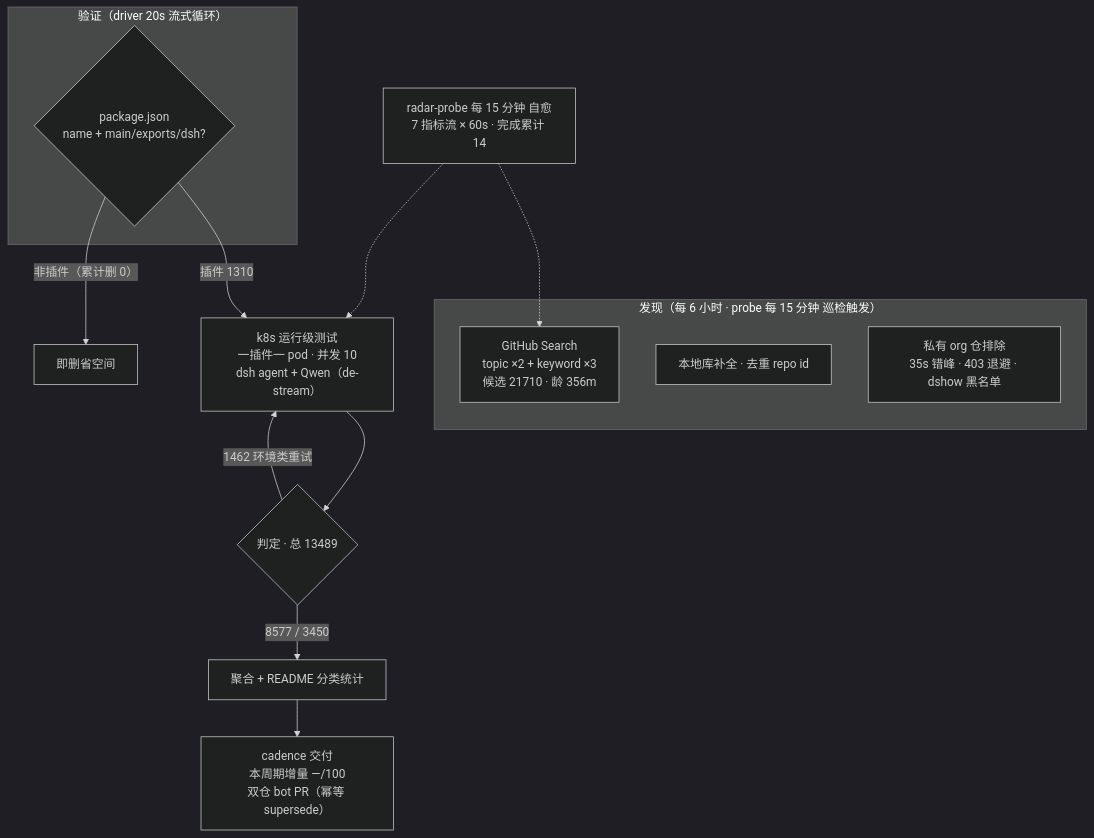
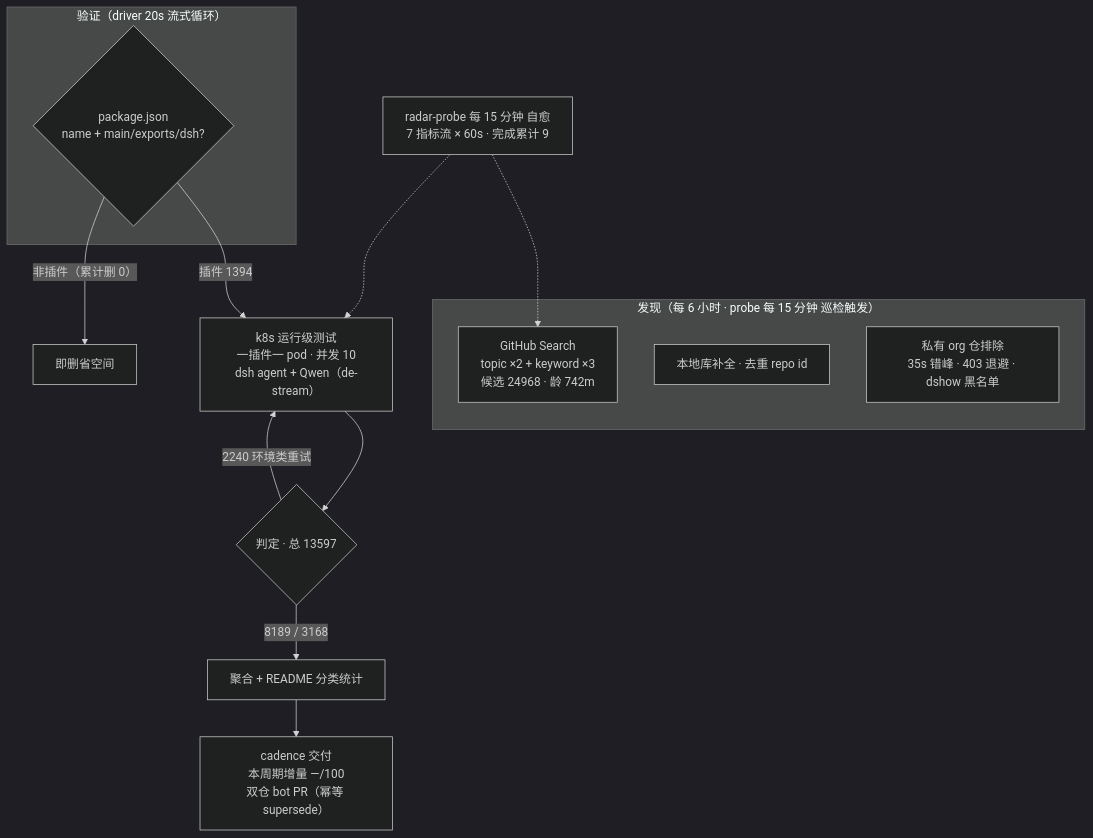
Before and after one commit to AdamPlatin123/dsh-plugin-radar: the diagram in README.md, drawn with Mermaid (dark theme). The commit also changed other lines of this file and 17 other files, not shown here.

````diff
--- a/README.md
+++ b/README.md
@@ -114,20 +116,20 @@
 ```mermaid
 flowchart TB
     subgraph Discovery["发现（每 6 小时 · probe 每 15 分钟 巡检触发）"]
-        A1["GitHub Search<br/>topic ×2 + keyword ×3<br/>候选 21710 · 龄 356m"]
+        A1["GitHub Search<br/>topic ×2 + keyword ×3<br/>候选 24968 · 龄 742m"]
         A2["本地库补全 · 去重 repo id"]
         A3["私有 org 仓排除<br/>35s 错峰 · 403 退避 · dshow 黑名单"]
     end
     subgraph Validation["验证（driver 20s 流式循环）"]
         B1{"package.json<br/>name + main/exports/dsh?"}
     end
-    B1 -->|"插件 1310"| C1["k8s 运行级测试<br/>一插件一 pod · 并发 10<br/>dsh agent + Qwen（de-stream）"]
+    B1 -->|"插件 1394"| C1["k8s 运行级测试<br/>一插件一 pod · 并发 10<br/>dsh agent + Qwen（de-stream）"]
     B1 -->|"非插件（累计删 0）"| B3["即删省空间"]
-    C1 --> D1{"判定 · 总 13489"}
-    D1 -->|"8577 / 3450"| E1["聚合 + README 分类统计"]
-    D1 -->|"1462 环境类重试"| C1
+    C1 --> D1{"判定 · 总 13597"}
+    D1 -->|"8189 / 3168"| E1["聚合 + README 分类统计"]
+    D1 -->|"2240 环境类重试"| C1
     E1 --> E2["cadence 交付<br/>本周期增量 —/100<br/>双仓 bot PR（幂等 supersede）"]
-    M["radar-probe 每 15 分钟 自愈<br/>7 指标流 × 60s · 完成累计 14"]
+    M["radar-probe 每 15 分钟 自愈<br/>7 指标流 × 60s · 完成累计 9"]
     M -.-> A1
     M -.-> C1
 ```
````
